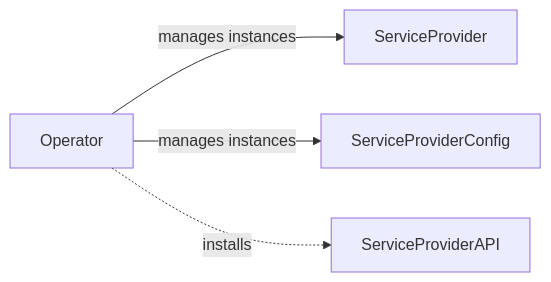
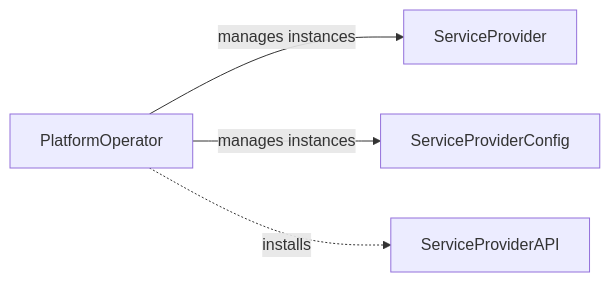
The third of 7 diagrams in docs/about/design/service-provider.md (openmcp-project/docs), drawn with Mermaid before and after one commit. The commit also changed other lines of this file, not shown here.

````diff
--- a/docs/about/design/service-provider.md
+++ b/docs/about/design/service-provider.md
@@ -75,11 +75,11 @@
 ```mermaid
 graph LR
-    %% Operator
-    OP[Operator]
+    %% PlatformOperator
+    OP[PlatformOperator]
     SP[ServiceProvider]
     SPA[ServiceProviderAPI]
     SPC[ServiceProviderConfig]
     OP -->|manages instances|SP
     OP -->|manages instances|SPC
     OP -. installs .-> SPA
 ```
````
